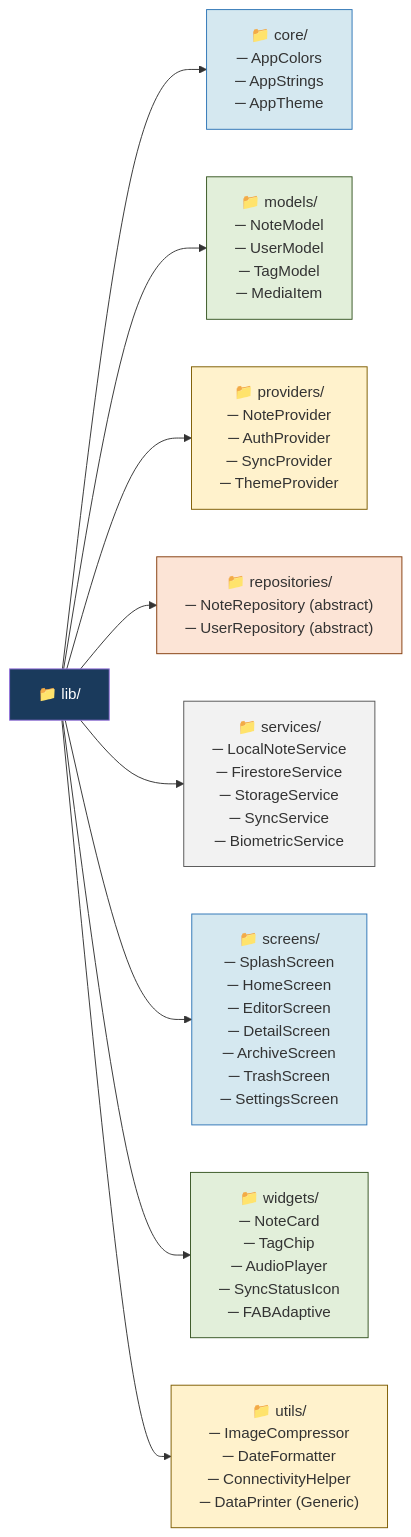
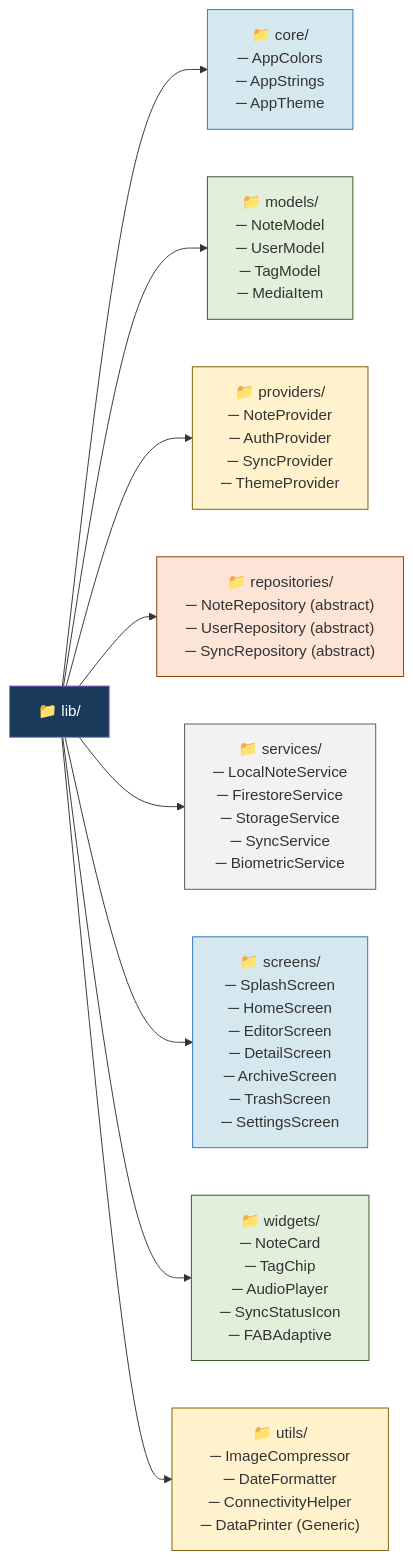
One commit to PVM-05/Smart-Note-App changed the second of 13 diagrams in docs/Architecture_and_Flows.md. Above: the diagram before and after it, drawn with Mermaid. The commit also changed other lines of this file, not shown here.

Commit message:
docs: update Architecture_and_Flows to v2 with orthogonal FSM and refined diagrams

````diff
--- a/docs/Architecture_and_Flows.md
+++ b/docs/Architecture_and_Flows.md
@@ -84,23 +90,23 @@
 ```mermaid
 graph LR
     ROOT["📁 lib/"]
 
     ROOT --> CORE["📁 core/\n─ AppColors\n─ AppStrings\n─ AppTheme"]
     ROOT --> MODELS["📁 models/\n─ NoteModel\n─ UserModel\n─ TagModel\n─ MediaItem"]
     ROOT --> PROVIDERS["📁 providers/\n─ NoteProvider\n─ AuthProvider\n─ SyncProvider\n─ ThemeProvider"]
-    ROOT --> REPOS["📁 repositories/\n─ NoteRepository (abstract)\n─ UserRepository (abstract)"]
+    ROOT --> REPOS["📁 repositories/\n─ NoteRepository (abstract)\n─ UserRepository (abstract)\n─ SyncRepository (abstract)"]
     ROOT --> SERVICES["📁 services/\n─ LocalNoteService\n─ FirestoreService\n─ StorageService\n─ SyncService\n─ BiometricService"]
     ROOT --> SCREENS["📁 screens/\n─ SplashScreen\n─ HomeScreen\n─ EditorScreen\n─ DetailScreen\n─ ArchiveScreen\n─ TrashScreen\n─ SettingsScreen"]
     ROOT --> WIDGETS["📁 widgets/\n─ NoteCard\n─ TagChip\n─ AudioPlayer\n─ SyncStatusIcon\n─ FABAdaptive"]
     ROOT --> UTILS["📁 utils/\n─ ImageCompressor\n─ DateFormatter\n─ ConnectivityHelper\n─ DataPrinter (Generic)"]
 
     style ROOT fill:#1A3A5C,color:#FFF
     style CORE fill:#D5E8F0,stroke:#2E75B6
     style MODELS fill:#E2EFDA,stroke:#375623
     style PROVIDERS fill:#FFF2CC,stroke:#7D5C00
     style REPOS fill:#FCE4D6,stroke:#843C0C
     style SERVICES fill:#F2F2F2,stroke:#555
     style SCREENS fill:#D5E8F0,stroke:#2E75B6
     style WIDGETS fill:#E2EFDA,stroke:#375623
     style UTILS fill:#FFF2CC,stroke:#7D5C00
 ```
````
